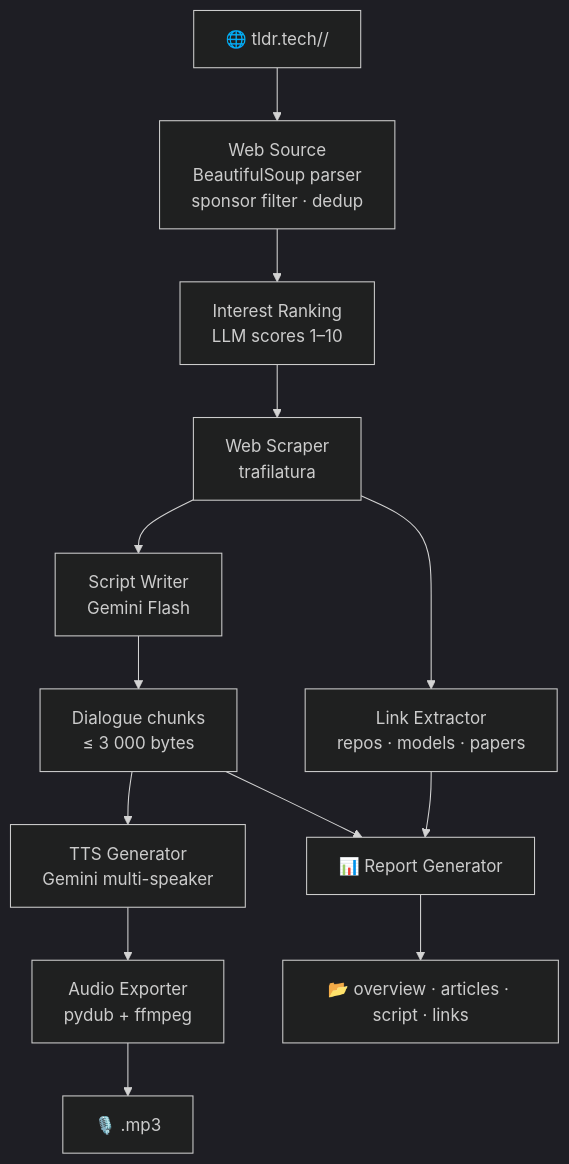
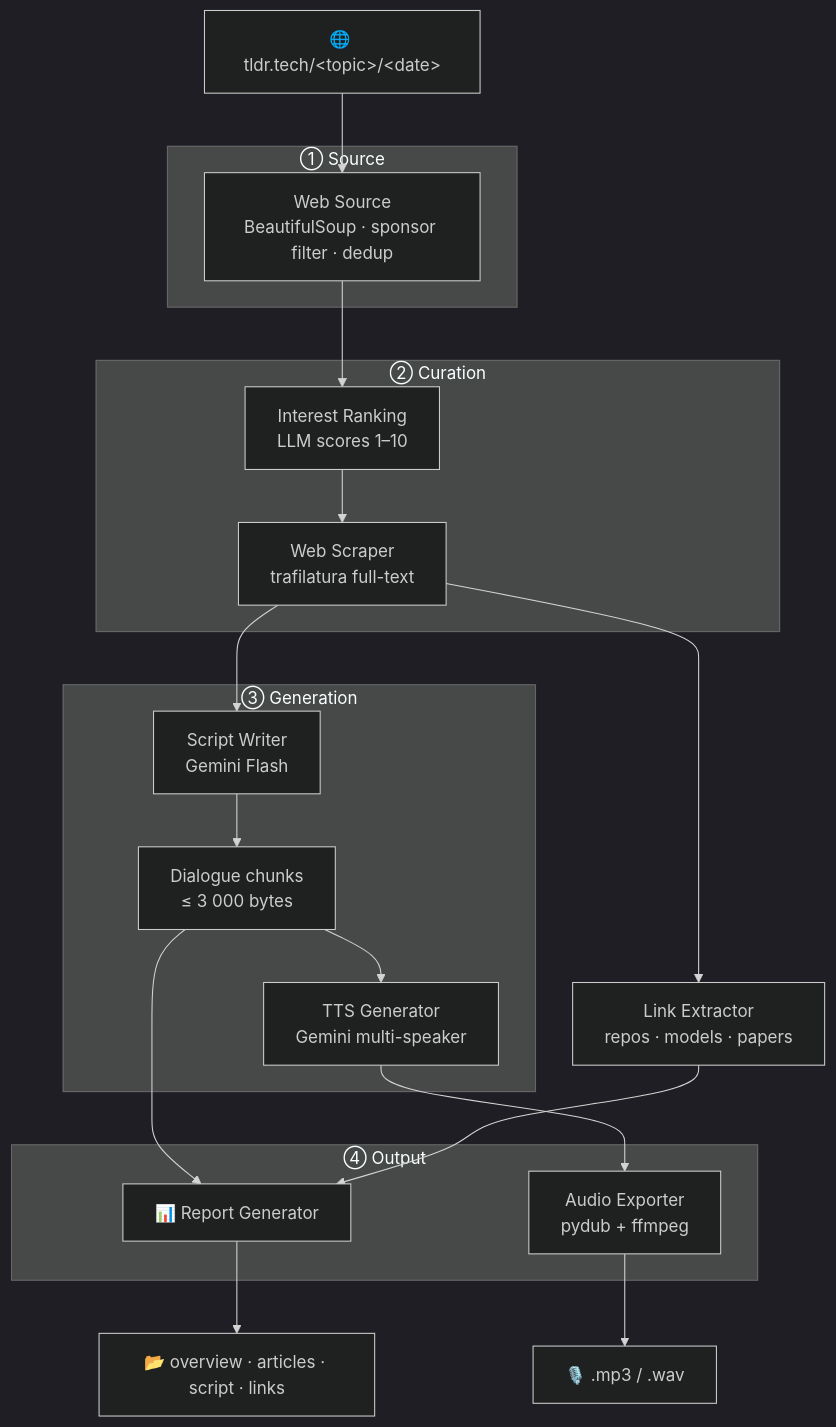
One commit to obeone/tldr-podcast changed the diagram in README.md. Above: the diagram before and after it, drawn with Mermaid (dark theme). The commit also changed other lines of this file, not shown here.

````diff
--- a/README.md
+++ b/README.md
@@ -174,20 +60,31 @@
 ```mermaid
 flowchart TB
-    IN["🌐 tldr.tech/<topic>/<date>"] --> WEB["Web Source<br>BeautifulSoup parser<br>sponsor filter · dedup"]
-    WEB --> RANK["Interest Ranking<br>LLM scores 1–10"]
+    IN["🌐 tldr.tech/&lt;topic&gt;/&lt;date&gt;"]
 
-    RANK --> WS["Web Scraper<br>trafilatura"]
-    WS --> LE["Link Extractor<br>repos · models · papers"]
+    subgraph SRC["① Source"]
+        WEB["Web Source<br/>BeautifulSoup · sponsor filter · dedup"]
+    end
 
-    WS --> LLM["Script Writer<br>Gemini Flash"]
-    LLM --> DC["Dialogue chunks<br>≤ 3 000 bytes"]
+    subgraph CUR["② Curation"]
+        RANK["Interest Ranking<br/>LLM scores 1–10"]
+        WS["Web Scraper<br/>trafilatura full-text"]
+    end
 
-    DC --> TTS["TTS Generator<br>Gemini multi-speaker"]
-    DC --> RPT["📊 Report Generator"]
-    LE --> RPT
+    subgraph GEN["③ Generation"]
+        LLM["Script Writer<br/>Gemini Flash"]
+        DC["Dialogue chunks<br/>≤ 3 000 bytes"]
+        TTS["TTS Generator<br/>Gemini multi-speaker"]
+    end
 
-    TTS --> AE["Audio Exporter<br>pydub + ffmpeg"]
+    subgraph OUT["④ Output"]
+        AE["Audio Exporter<br/>pydub + ffmpeg"]
+        RPT["📊 Report Generator"]
+    end
 
-    AE --> MP3["🎙️ .mp3"]
-    RPT --> OUT["📂 overview · articles · script · links"]
+    IN --> WEB --> RANK --> WS
+    WS --> LE["Link Extractor<br/>repos · models · papers"]
+    WS --> LLM --> DC
+    DC --> TTS --> AE --> MP3["🎙️ .mp3 / .wav"]
+    DC --> RPT
+    LE --> RPT --> FILES["📂 overview · articles · script · links"]
 ```
````
